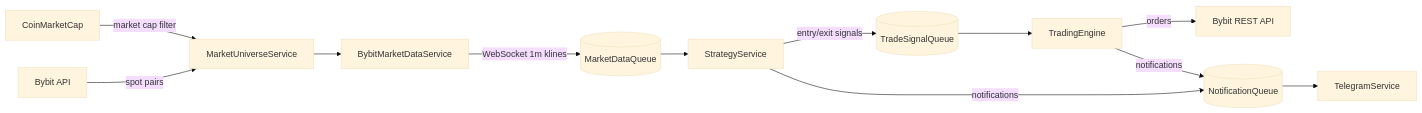
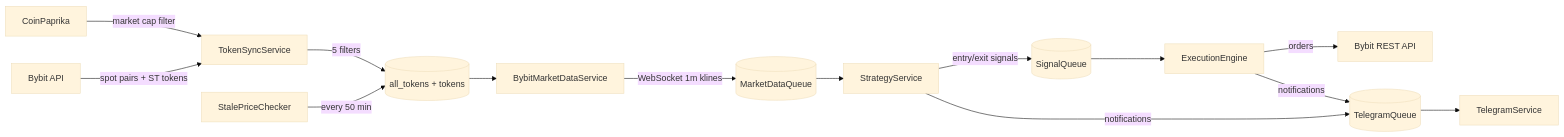
One commit to mchomak/ByBit_bot changed the diagram in README.md. Above: the diagram before and after it, drawn with Mermaid (base theme). The commit also changed other lines of this file and 3 other files, not shown here.

````diff
--- a/README.md
+++ b/README.md
@@ -17,13 +17,15 @@
 ```mermaid
 flowchart LR
-    A[CoinMarketCap] -->|market cap filter| B[MarketUniverseService]
-    C[Bybit API] -->|spot pairs| B
-    B --> D[BybitMarketDataService]
-    D -->|WebSocket 1m klines| E[(MarketDataQueue)]
-    E --> F[StrategyService]
-    F -->|entry/exit signals| G[(TradeSignalQueue)]
-    G --> H[TradingEngine]
-    H -->|orders| I[Bybit REST API]
-    F & H -->|notifications| J[(NotificationQueue)]
-    J --> K[TelegramService]
+    A[CoinPaprika] -->|market cap filter| B[TokenSyncService]
+    C[Bybit API] -->|spot pairs + ST tokens| B
+    B -->|5 filters| D[(all_tokens + tokens)]
+    D --> E[BybitMarketDataService]
+    E -->|WebSocket 1m klines| F[(MarketDataQueue)]
+    F --> G[StrategyService]
+    G -->|entry/exit signals| H[(SignalQueue)]
+    H --> I[ExecutionEngine]
+    I -->|orders| J[Bybit REST API]
+    G & I -->|notifications| K[(TelegramQueue)]
+    K --> L[TelegramService]
+    M[StalePriceChecker] -->|every 50 min| D
 ```
````
